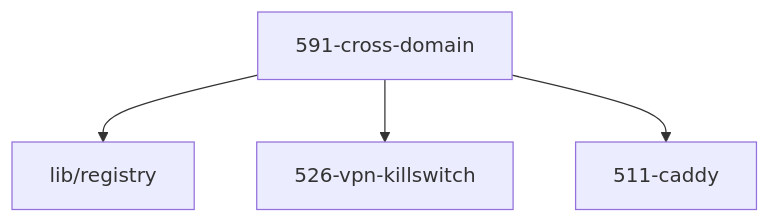
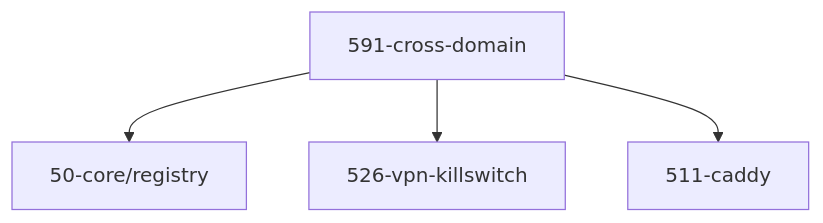
One commit to grapefruit89/mediNix-core changed the diagram in 59-guardrails/AGENTS.md. Above: the diagram before and after it, drawn with Mermaid. The commit also changed other lines of this file and 79 other files, not shown here.

Commit message:
refactor(repo): resolve lib/ into 50-core, packages, and tests

````diff
--- a/59-guardrails/AGENTS.md
+++ b/59-guardrails/AGENTS.md
@@ -46,6 +46,6 @@
 ```mermaid
 graph TD
-  591_cross_domain["591-cross-domain"] --> registry["lib/registry"]
+  591_cross_domain["591-cross-domain"] --> registry["50-core/registry"]
   591_cross_domain["591-cross-domain"] --> 526_vpn_killswitch["526-vpn-killswitch"]
   591_cross_domain["591-cross-domain"] --> 511_caddy["511-caddy"]
 ```
````
